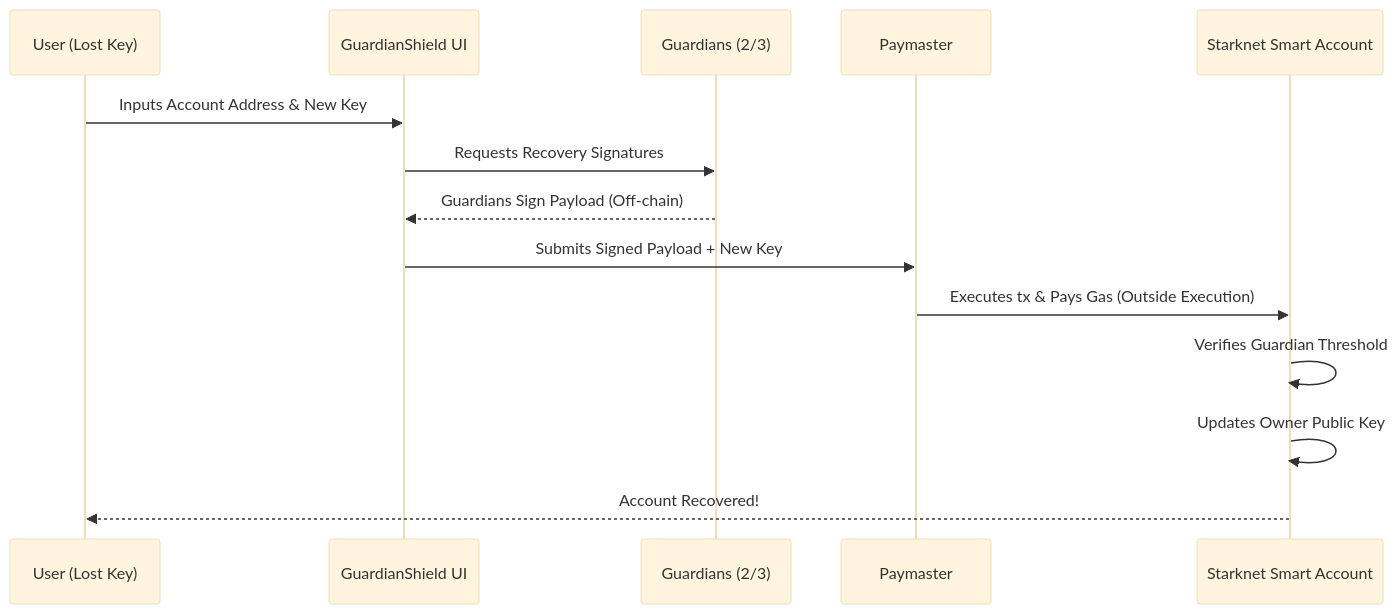
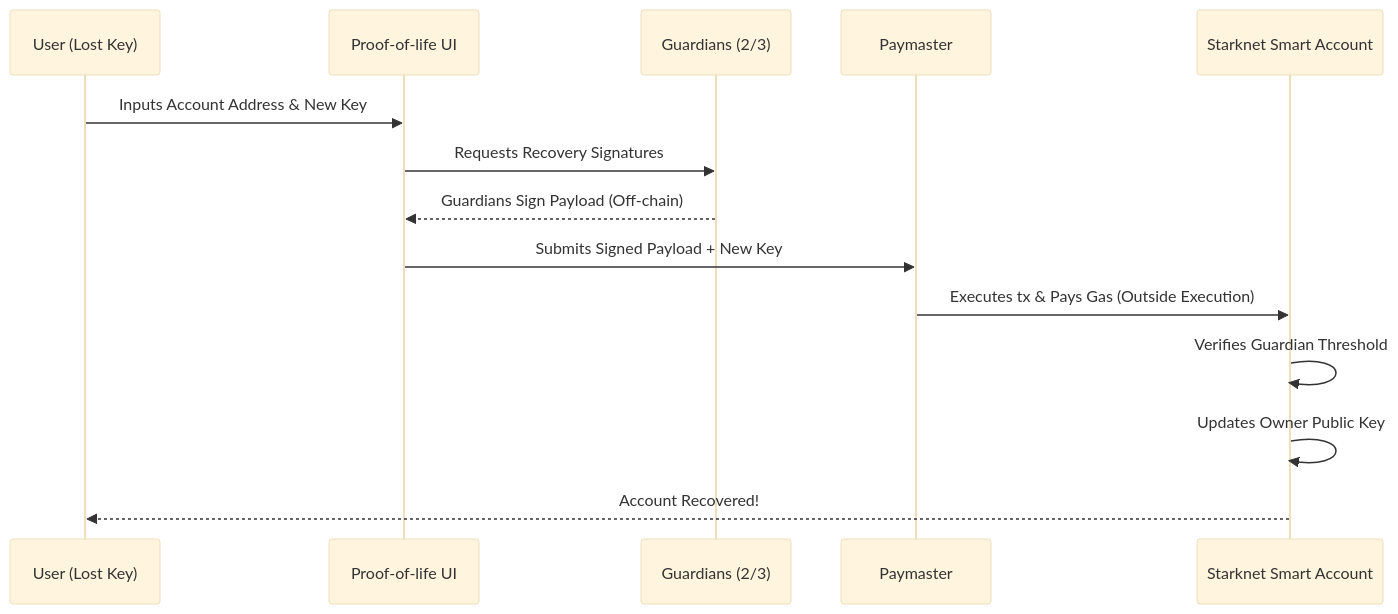
Before and after one commit to TeresiaMkarie/Proof-Of-Life: the diagram in README.md, drawn with Mermaid (base theme). The commit also changed other lines of this file, not shown here.

````diff
--- a/README.md
+++ b/README.md
@@ -33,18 +33,18 @@
 ```mermaid
 sequenceDiagram
     participant U as User (Lost Key)
-    participant UI as GuardianShield UI
+    participant UI as Proof-of-life UI
     participant G as Guardians (2/3)
     participant P as Paymaster
     participant S as Starknet Smart Account
 
     U->>UI: Inputs Account Address & New Key
     UI->>G: Requests Recovery Signatures
     G-->>UI: Guardians Sign Payload (Off-chain)
     UI->>P: Submits Signed Payload + New Key
     P->>S: Executes tx & Pays Gas (Outside Execution)
     S->>S: Verifies Guardian Threshold
     S->>S: Updates Owner Public Key
     S-->>U: Account Recovered!
     
 ```
````
